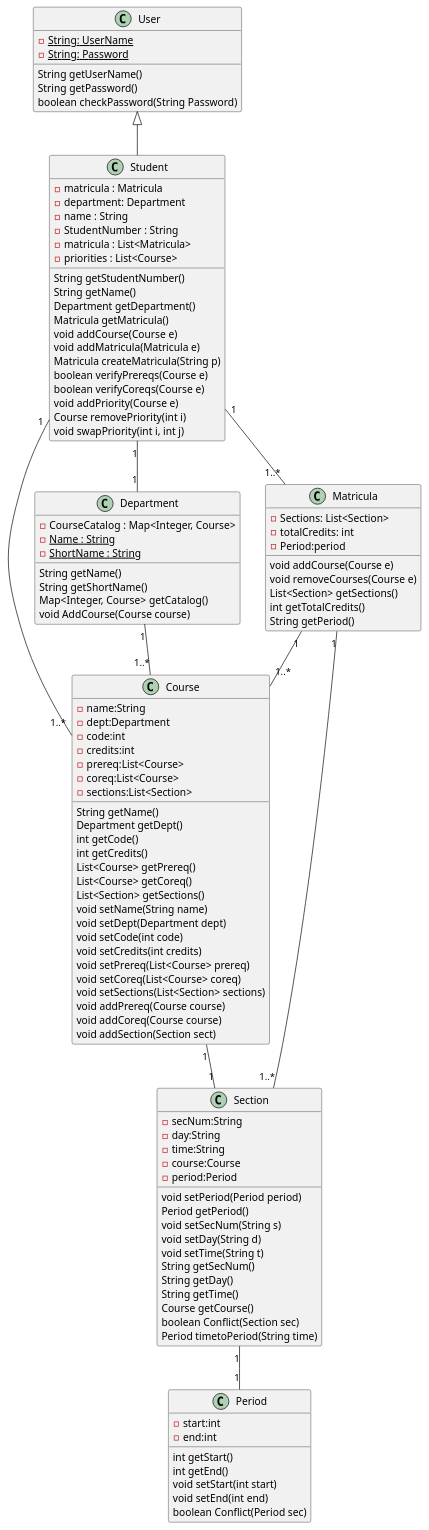
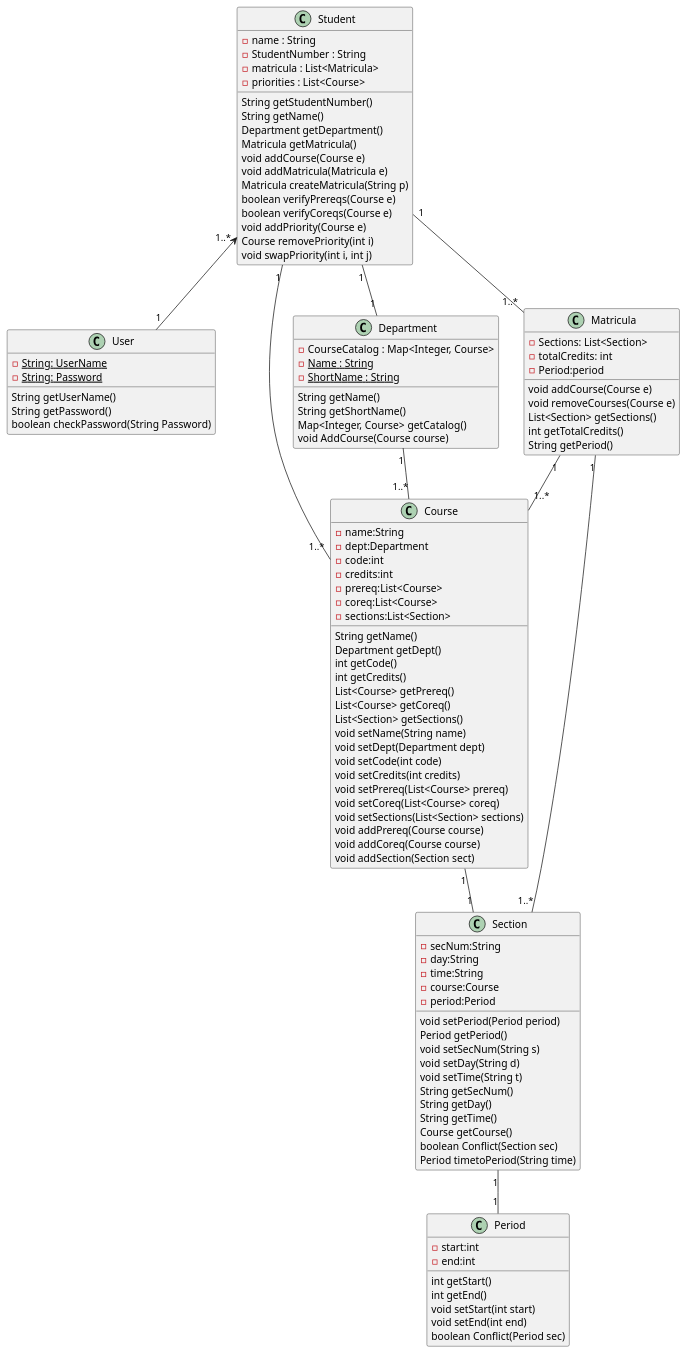
One commit to uprm-inso-4101-2020-2021-S1/semester-project-almond-software-llc changed the diagram in front-end/src/classDiagram.puml. Above: the diagram before and after it, drawn with PlantUML.

Commit message:
redid the diagram

```diff
--- a/front-end/src/classDiagram.puml
+++ b/front-end/src/classDiagram.puml
@@ -1,113 +1,112 @@
 @startuml classDiagram
+Student "1..*" <-- "1" User
 Student "1" -- "1..*" Matricula 
 Student "1" -- "1..*" Course
 Student "1" -- "1" Department
 Department "1" -- "1..*" Course
 Matricula "1" -- "1..*" Section
 Matricula "1" -- "1..*" Course
 Course "1" -- "1" Section
 Section "1" -- "1" Period
 
 class User{
     -{static}String: UserName
     -{static}String: Password
     String getUserName()
     String getPassword()
     boolean checkPassword(String Password)
 
 }
-Class Student extends User{
-    -matricula : Matricula
-    -department: Department
+Class Student{
     -name : String
     -StudentNumber : String
     -matricula : List<Matricula>
     -priorities : List<Course>
     String getStudentNumber()
     String getName()
     Department getDepartment()
     Matricula getMatricula()
     void addCourse(Course e)
     void addMatricula(Matricula e)
     Matricula createMatricula(String p)
     boolean verifyPrereqs(Course e)
     boolean verifyCoreqs(Course e)
     void addPriority(Course e)
     Course removePriority(int i)
     void swapPriority(int i, int j)
 }
 Class Department {
     -CourseCatalog : Map<Integer, Course>
     -{static}Name : String
     -{static}ShortName : String
     String getName()
     String getShortName()
     Map<Integer, Course> getCatalog()
     void AddCourse(Course course)
 
 }
 Class Matricula{
     -Sections: List<Section>
     -totalCredits: int
     -Period:period
     void addCourse(Course e)
     void removeCourses(Course e)
     List<Section> getSections()
     int getTotalCredits()
     String getPeriod()
     
 }
 Class Course{
     -name:String
     -dept:Department
     -code:int
     -credits:int
     -prereq:List<Course>
     -coreq:List<Course>
     -sections:List<Section>
     String getName()
     Department getDept()
     int getCode()
     int getCredits()
     List<Course> getPrereq()
     List<Course> getCoreq()
     List<Section> getSections()
     void setName(String name)
     void setDept(Department dept)
     void setCode(int code)
     void setCredits(int credits)
     void setPrereq(List<Course> prereq)
     void setCoreq(List<Course> coreq)
     void setSections(List<Section> sections)
     void addPrereq(Course course)
     void addCoreq(Course course)
     void addSection(Section sect)
 }
 Class Section{
     -secNum:String
     -day:String
     -time:String
     -course:Course
     -period:Period
     void setPeriod(Period period)
     Period getPeriod()
     void setSecNum(String s)
     void setDay(String d)
     void setTime(String t)
     String getSecNum()
     String getDay()
     String getTime()
     Course getCourse()
     boolean Conflict(Section sec)
     Period timetoPeriod(String time)
 }
 Class Period{
     -start:int
     -end:int
     int getStart()
     int getEnd()
     void setStart(int start)
     void setEnd(int end)
     boolean Conflict(Period sec)
 }
 @enduml
```
